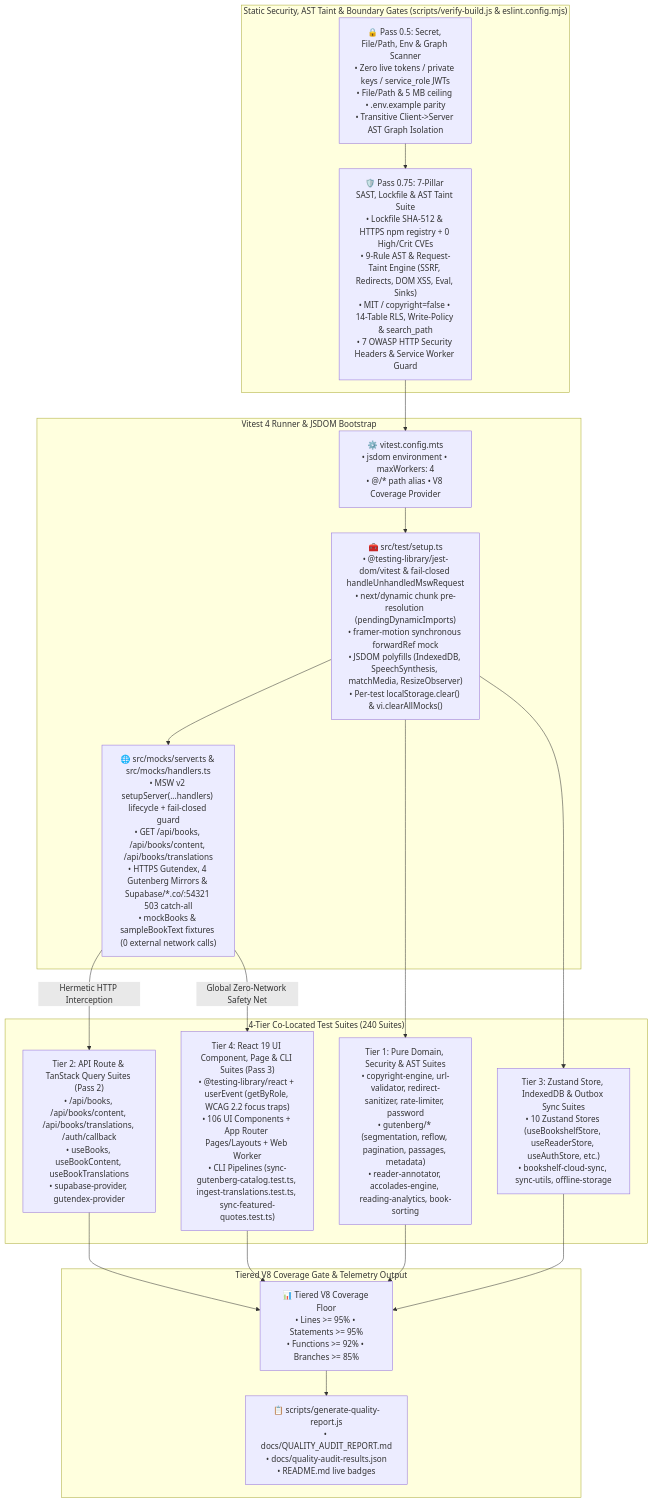
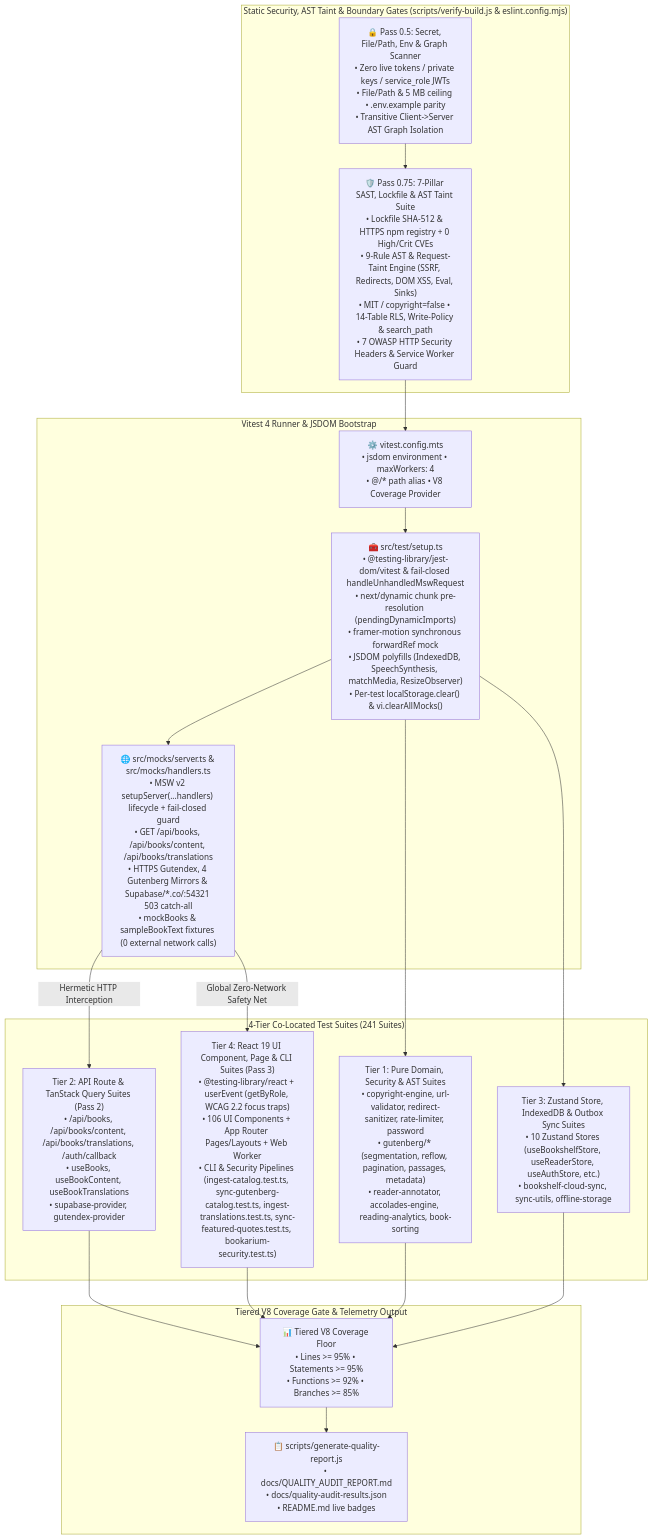
One commit to calin-m/Bookarium changed the ninth of 13 diagrams in docs/ARCHITECTURE.md. Above: the diagram before and after it, drawn with Mermaid. The commit also changed other lines of this file and 28 other files, not shown here.

First line of the commit message:
chore(governance): enable scripts ESLint, add ingest-catalog tests, and align docs/verify engine (v2.9.24)

````diff
--- a/docs/ARCHITECTURE.md
+++ b/docs/ARCHITECTURE.md
@@ -1139,39 +1139,39 @@
 ```mermaid
 flowchart TD
     subgraph SecurityGates ["Static Security, AST Taint & Boundary Gates (scripts/verify-build.js & eslint.config.mjs)"]
         Pass05["🔒 Pass 0.5: Secret, File/Path, Env & Graph Scanner\n• Zero live tokens / private keys / service_role JWTs\n• File/Path & 5 MB ceiling • .env.example parity\n• Transitive Client->Server AST Graph Isolation"]
         Pass075["🛡️ Pass 0.75: 7-Pillar SAST, Lockfile & AST Taint Suite\n• Lockfile SHA-512 & HTTPS npm registry + 0 High/Crit CVEs\n• 9-Rule AST & Request-Taint Engine (SSRF, Redirects, DOM XSS, Eval, Sinks)\n• MIT / copyright=false • 14-Table RLS, Write-Policy & search_path\n• 7 OWASP HTTP Security Headers & Service Worker Guard"]
     end
 
     subgraph TestRunner ["Vitest 4 Runner & JSDOM Bootstrap"]
         VitestCfg["⚙️ vitest.config.mts\n• jsdom environment • maxWorkers: 4\n• @/* path alias • V8 Coverage Provider"]
         TestSetup["🧰 src/test/setup.ts\n• @testing-library/jest-dom/vitest & fail-closed handleUnhandledMswRequest\n• next/dynamic chunk pre-resolution (pendingDynamicImports)\n• framer-motion synchronous forwardRef mock\n• JSDOM polyfills (IndexedDB, SpeechSynthesis, matchMedia, ResizeObserver)\n• Per-test localStorage.clear() & vi.clearAllMocks()"]
         MSWServer["🌐 src/mocks/server.ts & src/mocks/handlers.ts\n• MSW v2 setupServer(...handlers) lifecycle + fail-closed guard\n• GET /api/books, /api/books/content, /api/books/translations\n• HTTPS Gutendex, 4 Gutenberg Mirrors & Supabase/*.co/:54321 503 catch-all\n• mockBooks & sampleBookText fixtures (0 external network calls)"]
     end
 
-    subgraph TestTiers ["4-Tier Co-Located Test Suites (240 Suites)"]
+    subgraph TestTiers ["4-Tier Co-Located Test Suites (241 Suites)"]
         Tier1["Tier 1: Pure Domain, Security & AST Suites\n• copyright-engine, url-validator, redirect-sanitizer, rate-limiter, password\n• gutenberg/* (segmentation, reflow, pagination, passages, metadata)\n• reader-annotator, accolades-engine, reading-analytics, book-sorting"]
         Tier2["Tier 2: API Route & TanStack Query Suites (Pass 2)\n• /api/books, /api/books/content, /api/books/translations, /auth/callback\n• useBooks, useBookContent, useBookTranslations\n• supabase-provider, gutendex-provider"]
         Tier3["Tier 3: Zustand Store, IndexedDB & Outbox Sync Suites\n• 10 Zustand Stores (useBookshelfStore, useReaderStore, useAuthStore, etc.)\n• bookshelf-cloud-sync, sync-utils, offline-storage"]
-        Tier4["Tier 4: React 19 UI Component, Page & CLI Suites (Pass 3)\n• @testing-library/react + userEvent (getByRole, WCAG 2.2 focus traps)\n• 106 UI Components + App Router Pages/Layouts + Web Worker\n• CLI Pipelines (sync-gutenberg-catalog.test.ts, ingest-translations.test.ts, sync-featured-quotes.test.ts)"]
+        Tier4["Tier 4: React 19 UI Component, Page & CLI Suites (Pass 3)\n• @testing-library/react + userEvent (getByRole, WCAG 2.2 focus traps)\n• 106 UI Components + App Router Pages/Layouts + Web Worker\n• CLI & Security Pipelines (ingest-catalog.test.ts, sync-gutenberg-catalog.test.ts, ingest-translations.test.ts, sync-featured-quotes.test.ts, bookarium-security.test.ts)"]
     end
 
     subgraph CoverageGate ["Tiered V8 Coverage Gate & Telemetry Output"]
         V8Thresholds["📊 Tiered V8 Coverage Floor\n• Lines >= 95% • Statements >= 95%\n• Functions >= 92% • Branches >= 85%"]
         QualityReport["📋 scripts/generate-quality-report.js\n• docs/QUALITY_AUDIT_REPORT.md\n• docs/quality-audit-results.json\n• README.md live badges"]
     end
 
     Pass05 --> Pass075
     Pass075 --> VitestCfg
     VitestCfg --> TestSetup
     TestSetup --> MSWServer
     TestSetup --> Tier1
     MSWServer -->|"Hermetic HTTP Interception"| Tier2
     TestSetup --> Tier3
     MSWServer -->|"Global Zero-Network Safety Net"| Tier4
     Tier1 --> V8Thresholds
     Tier2 --> V8Thresholds
     Tier3 --> V8Thresholds
     Tier4 --> V8Thresholds
     V8Thresholds --> QualityReport
 ```
````
